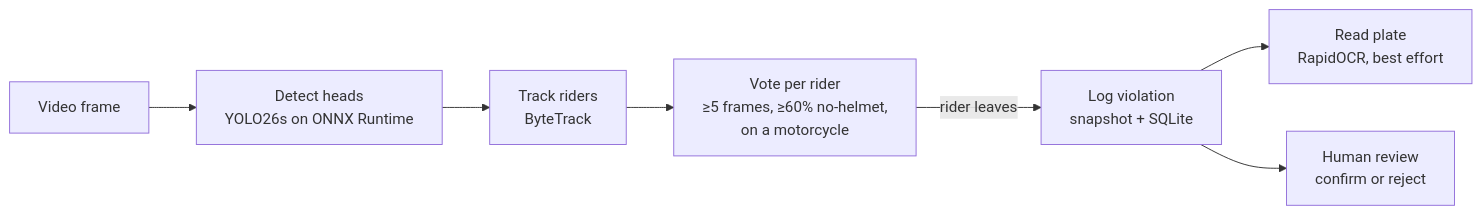
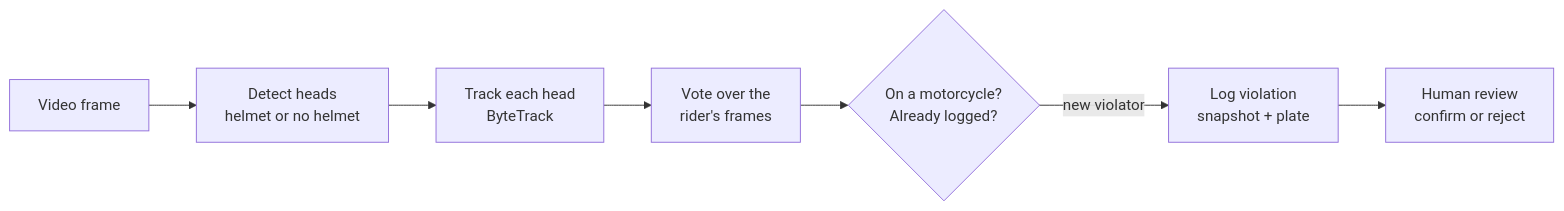
The first of 2 diagrams in README.md (Md-Faiz-Alam/helmet-violation-detection), drawn with Mermaid before and after one commit. The commit also changed other lines of this file and 16 other files, not shown here.

````diff
--- a/README.md
+++ b/README.md
@@ -57,9 +66,9 @@
 ```mermaid
 flowchart LR
-    A[Video frame] --> B[Detect heads<br/>YOLO26s on ONNX Runtime]
-    B --> C[Track riders<br/>ByteTrack]
-    C --> D[Vote per rider<br/>≥5 frames, ≥60% no-helmet,<br/>on a motorcycle]
-    D -->|rider leaves| E[Log violation<br/>snapshot + SQLite]
-    E --> F[Read plate<br/>RapidOCR, best effort]
-    E --> G[Human review<br/>confirm or reject]
+    A[Video frame] --> B[Detect heads<br/>helmet or no helmet]
+    B --> C[Track each head<br/>ByteTrack]
+    C --> D[Vote over the<br/>rider's frames]
+    D --> E{On a motorcycle?<br/>Already logged?}
+    E -->|new violator| F[Log violation<br/>snapshot + plate]
+    F --> G[Human review<br/>confirm or reject]
 ```
````
